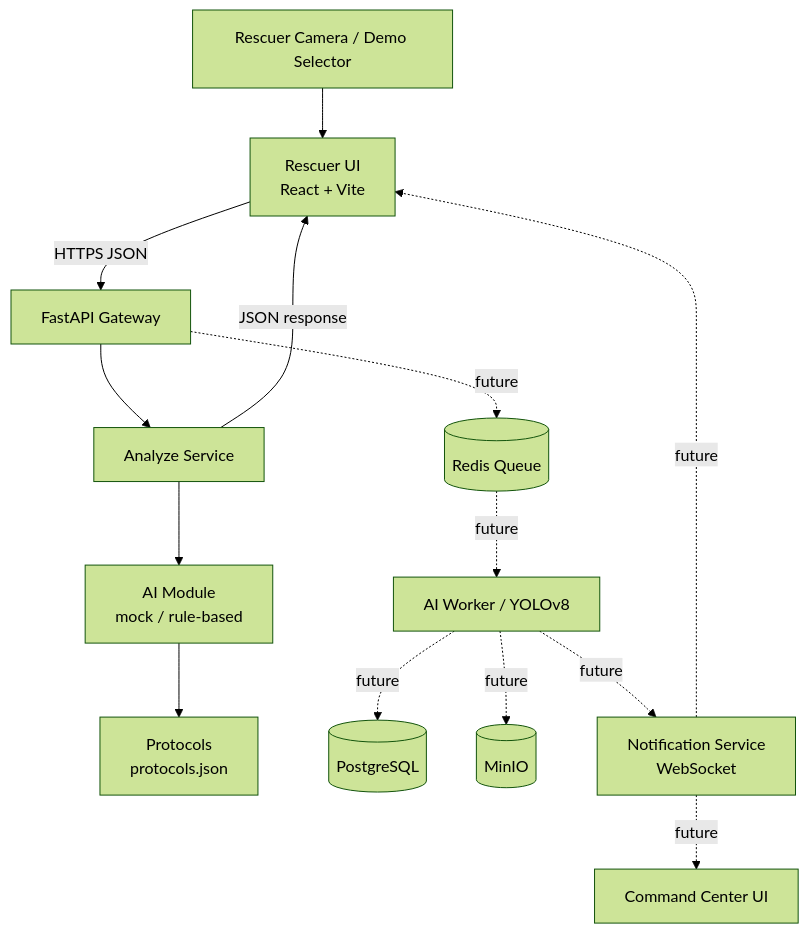
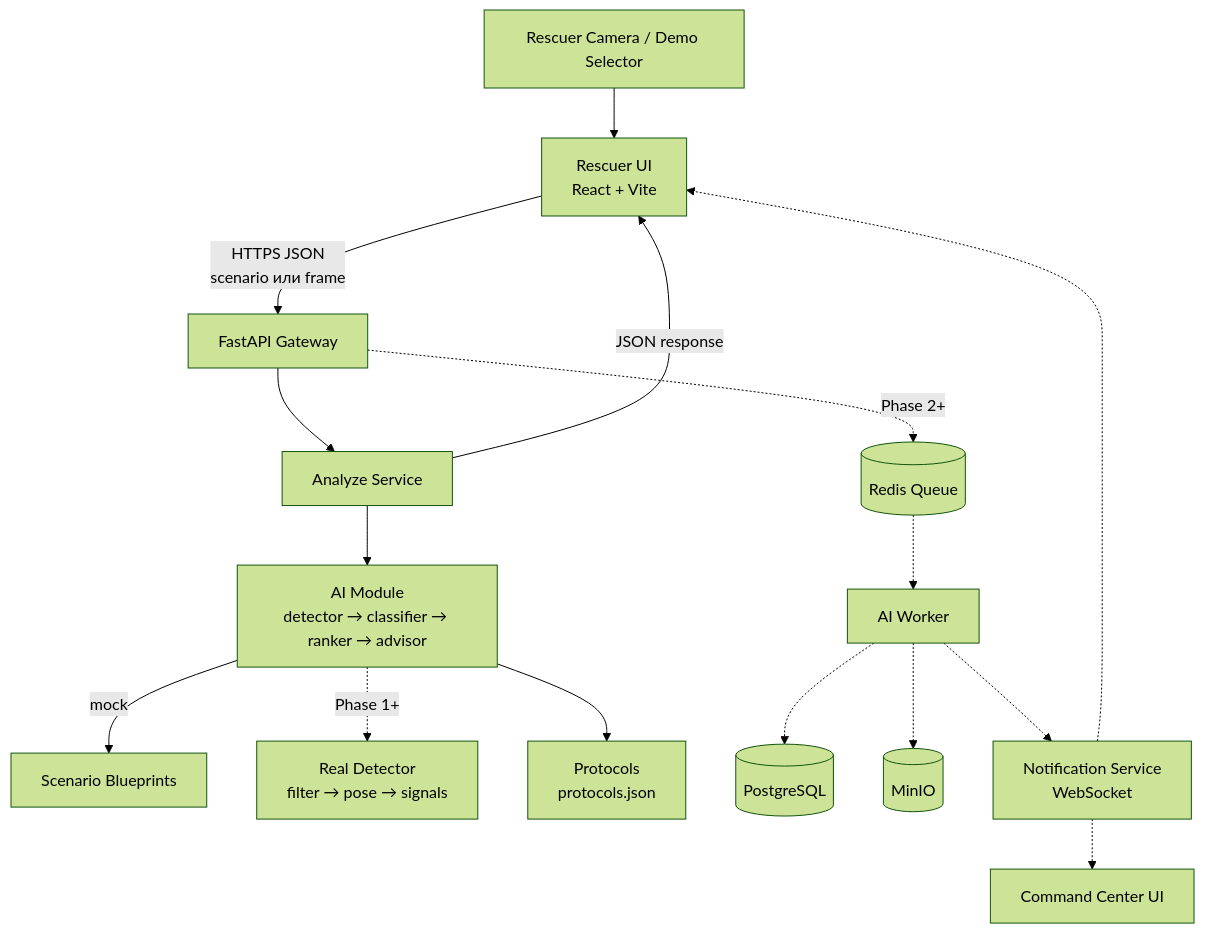
One commit to mregrock/RescueVisionAI changed the diagram in docs/architecture.md. Above: the diagram before and after it, drawn with Mermaid (forest theme). The commit also changed other lines of this file and 3 other files, not shown here.

````diff
--- a/docs/architecture.md
+++ b/docs/architecture.md
@@ -62,16 +65,18 @@
 ```mermaid
 flowchart TD
     A[Rescuer Camera / Demo Selector] --> B[Rescuer UI<br/>React + Vite]
-    B -->|HTTPS JSON| C[FastAPI Gateway]
+    B -->|HTTPS JSON<br/>scenario или frame| C[FastAPI Gateway]
     C --> D[Analyze Service]
-    D --> E[AI Module<br/>mock / rule-based]
+    D --> E[AI Module<br/>detector → classifier → ranker → advisor]
+    E -->|mock| MOCK[Scenario Blueprints]
+    E -.Phase 1+.-> REAL[Real Detector<br/>filter → pose → signals]
     E --> F[Protocols<br/>protocols.json]
     D -->|JSON response| B
-    C -.future.-> G[(Redis Queue)]
-    G -.future.-> H[AI Worker / YOLOv8]
-    H -.future.-> I[(PostgreSQL)]
-    H -.future.-> J[(MinIO)]
-    H -.future.-> K[Notification Service<br/>WebSocket]
-    K -.future.-> B
-    K -.future.-> L[Command Center UI]
+    C -.Phase 2+.-> G[(Redis Queue)]
+    G -.-> H[AI Worker]
+    H -.-> I[(PostgreSQL)]
+    H -.-> J[(MinIO)]
+    H -.-> K[Notification Service<br/>WebSocket]
+    K -.-> B
+    K -.-> L[Command Center UI]
 ```
````
